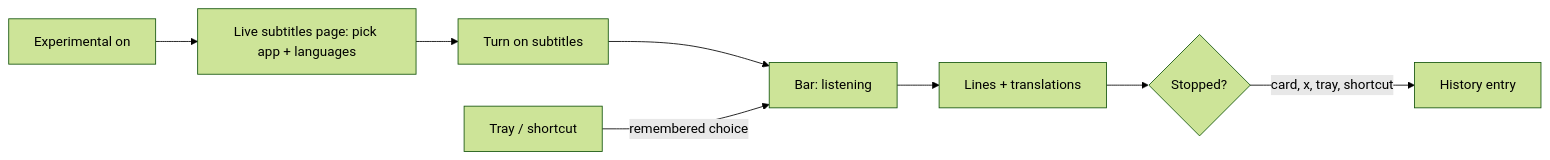
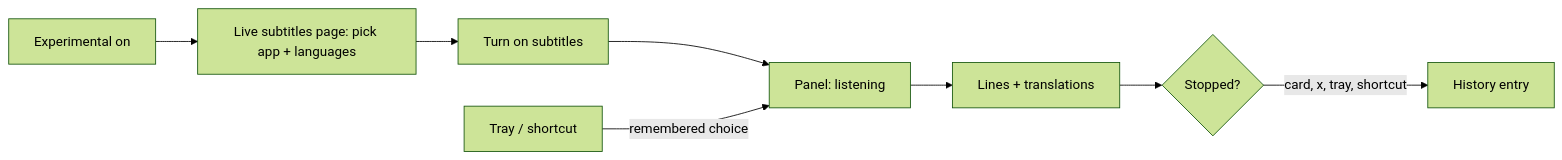
The diagram in docs/product/ux/live-subtitles.md (wblekhoa/speakease), drawn with Mermaid (forest theme) before and after one commit. The commit also changed other lines of this file and 8 other files, not shown here.

````diff
--- a/docs/product/ux/live-subtitles.md
+++ b/docs/product/ux/live-subtitles.md
@@ -78,10 +79,10 @@
 ```mermaid
 flowchart LR
   A[Experimental on] --> B[Live subtitles page: pick app + languages]
   B --> C[Turn on subtitles]
-  C --> D[Bar: listening]
+  C --> D[Panel: listening]
   D --> E[Lines + translations]
   E --> F{Stopped?}
   F -- card, x, tray, shortcut --> G[History entry]
   T[Tray / shortcut] -- remembered choice --> D
 ```
````
